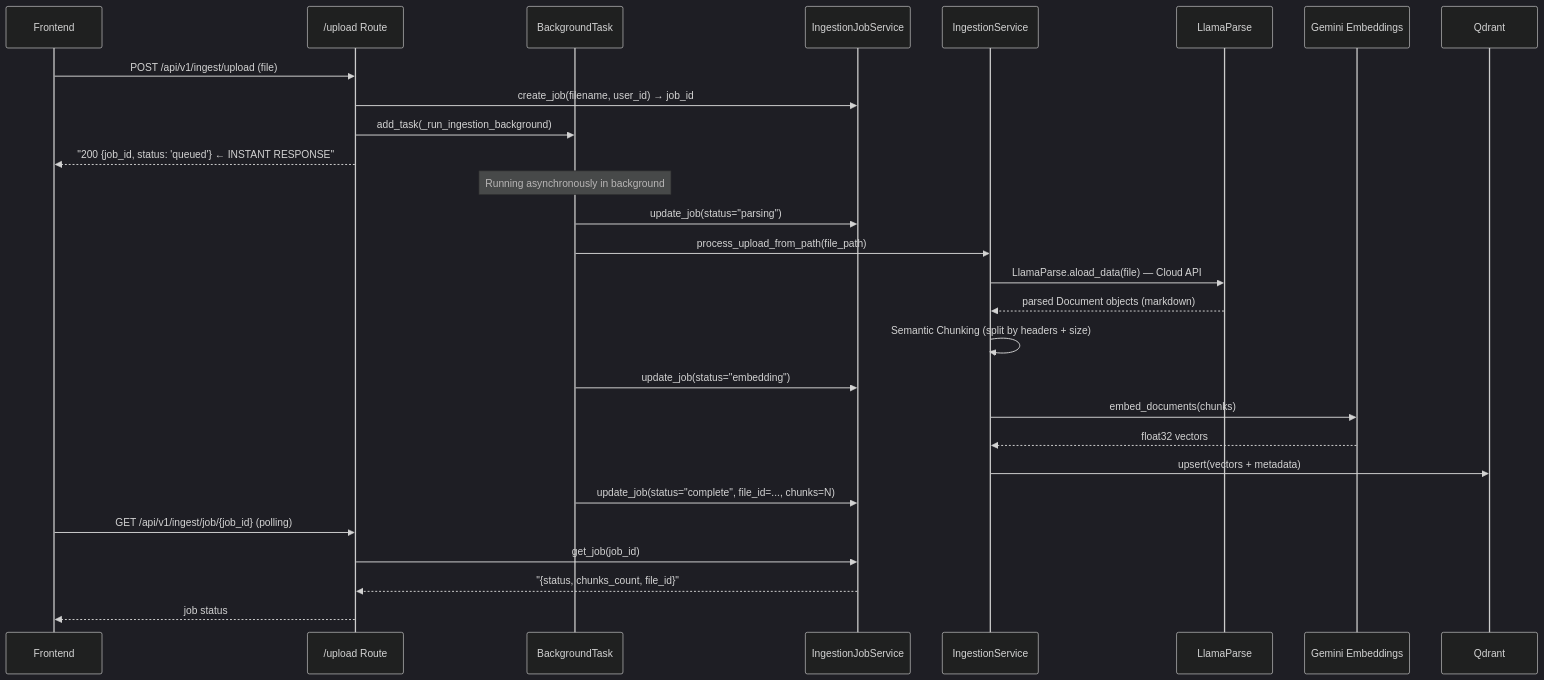
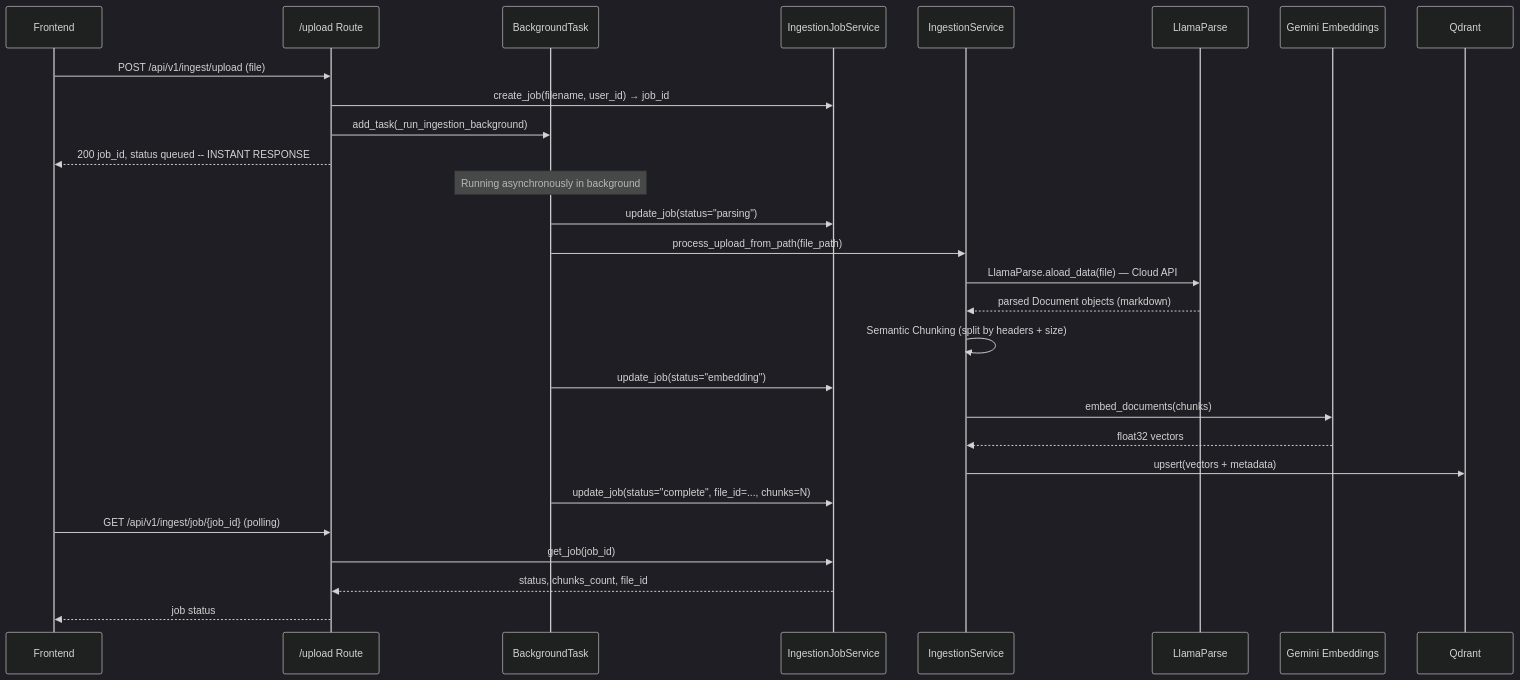
Before and after one commit to ankit-raj00/Chatbot_backend: the seventh of 12 diagrams in README.md, drawn with Mermaid (dark theme). The commit also changed other lines of this file, not shown here.

Commit message:
docs: strip all special chars from sequence diagrams for github compatibility

````diff
--- a/README.md
+++ b/README.md
@@ -499,34 +499,34 @@
 ```mermaid
 sequenceDiagram
     participant FE as Frontend
     participant UPR as /upload Route
     participant BG as BackgroundTask
     participant IJS as IngestionJobService
     participant IS as IngestionService
     participant LP as LlamaParse
     participant EMBED as Gemini Embeddings
     participant QDRANT as Qdrant
 
     FE->>UPR: POST /api/v1/ingest/upload (file)
     UPR->>IJS: create_job(filename, user_id) → job_id
     UPR->>BG: add_task(_run_ingestion_background)
-    UPR-->>FE: "200 {job_id, status: 'queued'} ← INSTANT RESPONSE"
+    UPR-->>FE: 200 job_id, status queued -- INSTANT RESPONSE
 
     Note over BG: Running asynchronously in background
 
     BG->>IJS: update_job(status="parsing")
     BG->>IS: process_upload_from_path(file_path)
     IS->>LP: LlamaParse.aload_data(file) — Cloud API
     LP-->>IS: parsed Document objects (markdown)
     IS->>IS: Semantic Chunking (split by headers + size)
     BG->>IJS: update_job(status="embedding")
     IS->>EMBED: embed_documents(chunks)
     EMBED-->>IS: float32 vectors
     IS->>QDRANT: upsert(vectors + metadata)
     BG->>IJS: update_job(status="complete", file_id=..., chunks=N)
 
     FE->>UPR: GET /api/v1/ingest/job/{job_id} (polling)
     UPR->>IJS: get_job(job_id)
-    IJS-->>UPR: "{status, chunks_count, file_id}"
+    IJS-->>UPR: status, chunks_count, file_id
     UPR-->>FE: job status
 ```
````
